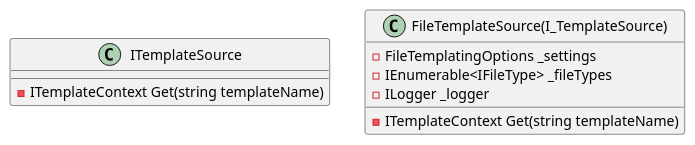
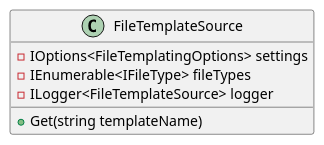
Before and after one commit to mwwhited-forks/dotnet-libs: the first of 5 diagrams in docs/generated/Framework/Eliassen.System/Text/Templating/Documentation.md, drawn with PlantUML. The commit also changed other lines of this file and 444 other files, not shown here.

````diff
--- a/docs/generated/Framework/Eliassen.System/Text/Templating/Documentation.md
+++ b/docs/generated/Framework/Eliassen.System/Text/Templating/Documentation.md
@@ -7,15 +14,12 @@
 ```plantuml
 @startuml
-class ITemplateSource {
-    - ITemplateContext Get(string templateName)
+class FileTemplateSource {
+  - IOptions<FileTemplatingOptions> settings
+  - IEnumerable<IFileType> fileTypes
+  - ILogger<FileTemplateSource> logger
+
+  + Get(string templateName)
 }
 
-class FileTemplateSource(I_TemplateSource) {
-    - FileTemplatingOptions _settings
-    - IEnumerable<IFileType> _fileTypes
-    - ILogger _logger
-
-    - ITemplateContext Get(string templateName)
-}
 @enduml
 ```
````
